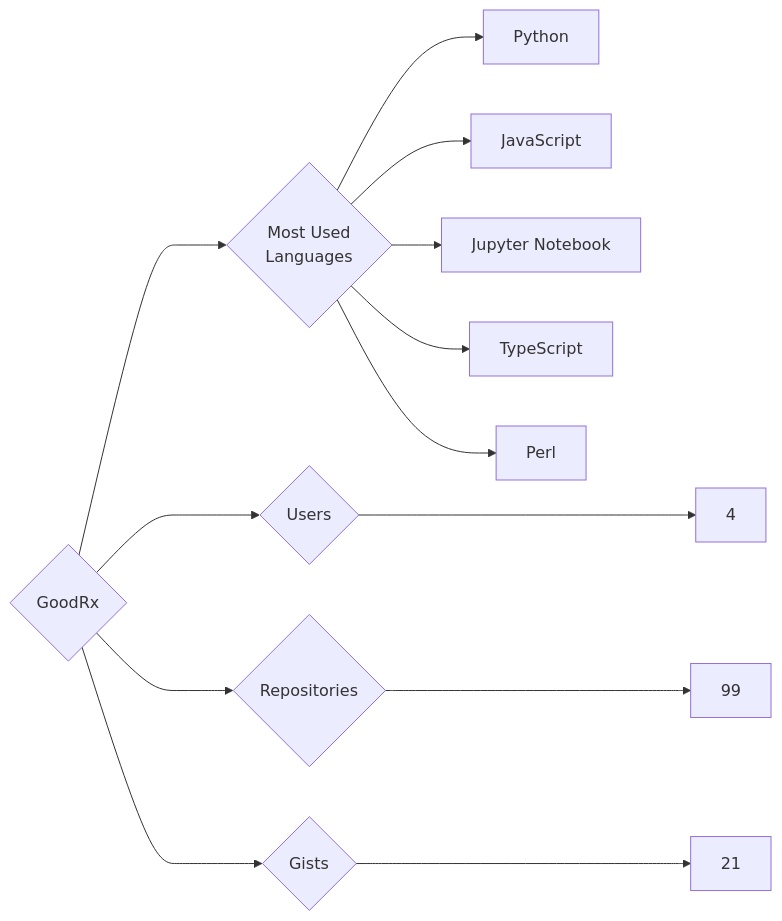
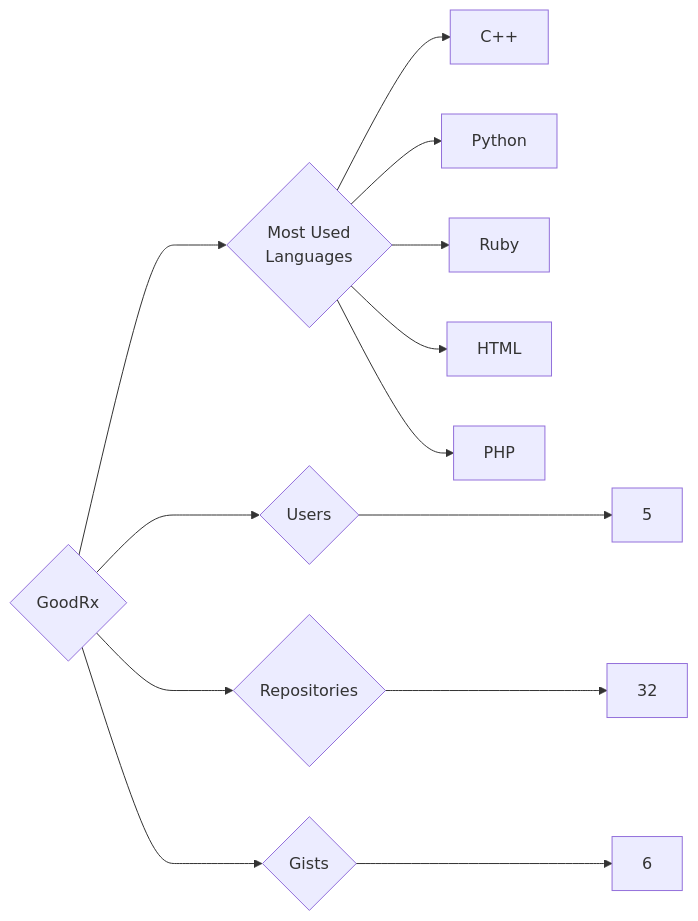
The diagram in targets/GoodRx/README.md (trickest/insiders), drawn with Mermaid before and after one commit. The commit also changed 912 other files, not shown here.

````diff
--- a/targets/GoodRx/README.md
+++ b/targets/GoodRx/README.md
@@ -3,13 +3,13 @@
 ```mermaid
 graph LR
 COMPANY_NAME{GoodRx}
-COMPANY_NAME ---> U{Users} ---> UN[4]
-COMPANY_NAME ---> R{Repositories} ---> RN[99]
-COMPANY_NAME ---> G{Gists} ---> GN[21]
+COMPANY_NAME ---> U{Users} ---> UN[5]
+COMPANY_NAME ---> R{Repositories} ---> RN[32]
+COMPANY_NAME ---> G{Gists} ---> GN[6]
 COMPANY_NAME ---> ML{Most Used<br>Languages}
+ML --> C++[C++]
 ML --> Python[Python]
-ML --> JavaScript[JavaScript]
-ML --> Jupyter_Notebook[Jupyter Notebook]
-ML --> TypeScript[TypeScript]
-ML --> Perl[Perl]
+ML --> Ruby[Ruby]
+ML --> HTML[HTML]
+ML --> PHP[PHP]
 ```
````
